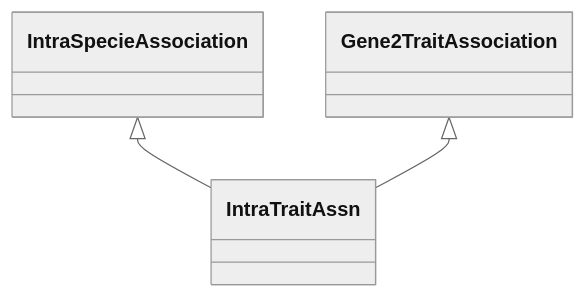
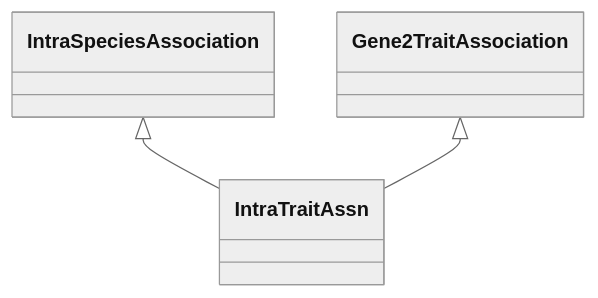
One commit to KnetMiner/knetminer-schemas changed the diagram in semantic-motif-taxonomy/knet-motif-categories-doc/IntraTraitAssn.md. Above: the diagram before and after it, drawn with Mermaid (neutral theme). The commit also changed other lines of this file and 96 other files, not shown here.

````diff
--- a/semantic-motif-taxonomy/knet-motif-categories-doc/IntraTraitAssn.md
+++ b/semantic-motif-taxonomy/knet-motif-categories-doc/IntraTraitAssn.md
@@ -23,11 +23,11 @@
 ```mermaid
  classDiagram
     class IntraTraitAssn
     click IntraTraitAssn href "../IntraTraitAssn"
-      IntraSpecieAssociation <|-- IntraTraitAssn
-        click IntraSpecieAssociation href "../IntraSpecieAssociation"
+      IntraSpeciesAssociation <|-- IntraTraitAssn
+        click IntraSpeciesAssociation href "../IntraSpeciesAssociation"
       Gene2TraitAssociation <|-- IntraTraitAssn
         click Gene2TraitAssociation href "../Gene2TraitAssociation"
       
       
 ```
````
